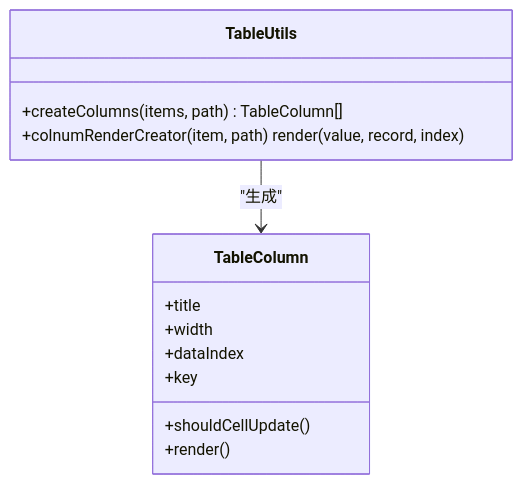
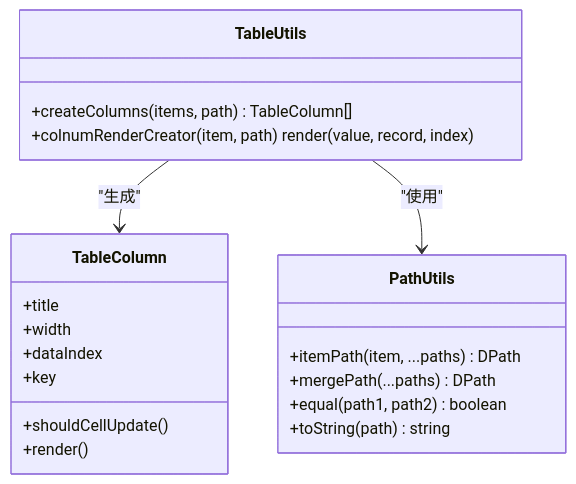
One commit to liqiongke/FrontArk changed the fourth of 8 diagrams in .qoder/repowiki/zh/content/组件库/数据组件/表格组件.md. Above: the diagram before and after it, drawn with Mermaid. The commit also changed other lines of this file and 6 other files, not shown here.

````diff
--- a/.qoder/repowiki/zh/content/组件库/数据组件/表格组件.md
+++ b/.qoder/repowiki/zh/content/组件库/数据组件/表格组件.md
@@ -149,16 +182,23 @@
 ```mermaid
 classDiagram
 class TableUtils {
 +createColumns(items, path) TableColumn[]
 +colnumRenderCreator(item, path) render(value, record, index)
+}
+class PathUtils {
++itemPath(item, ...paths) DPath
++mergePath(...paths) DPath
++equal(path1, path2) boolean
++toString(path) string
 }
 class TableColumn {
 +title
 +width
 +dataIndex
 +key
 +shouldCellUpdate()
 +render()
 }
 TableUtils --> TableColumn : "生成"
+TableUtils --> PathUtils : "使用"
 ```
````
